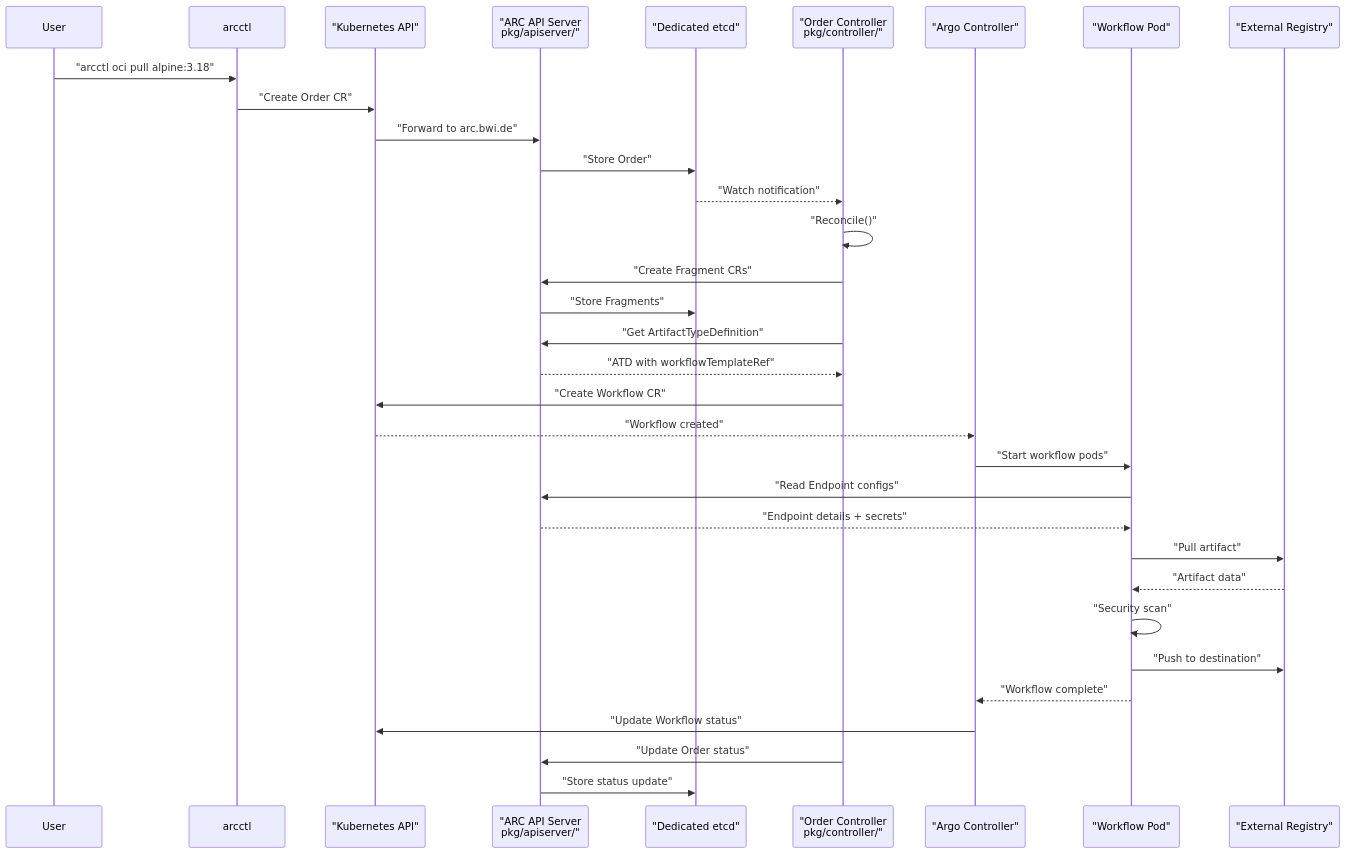
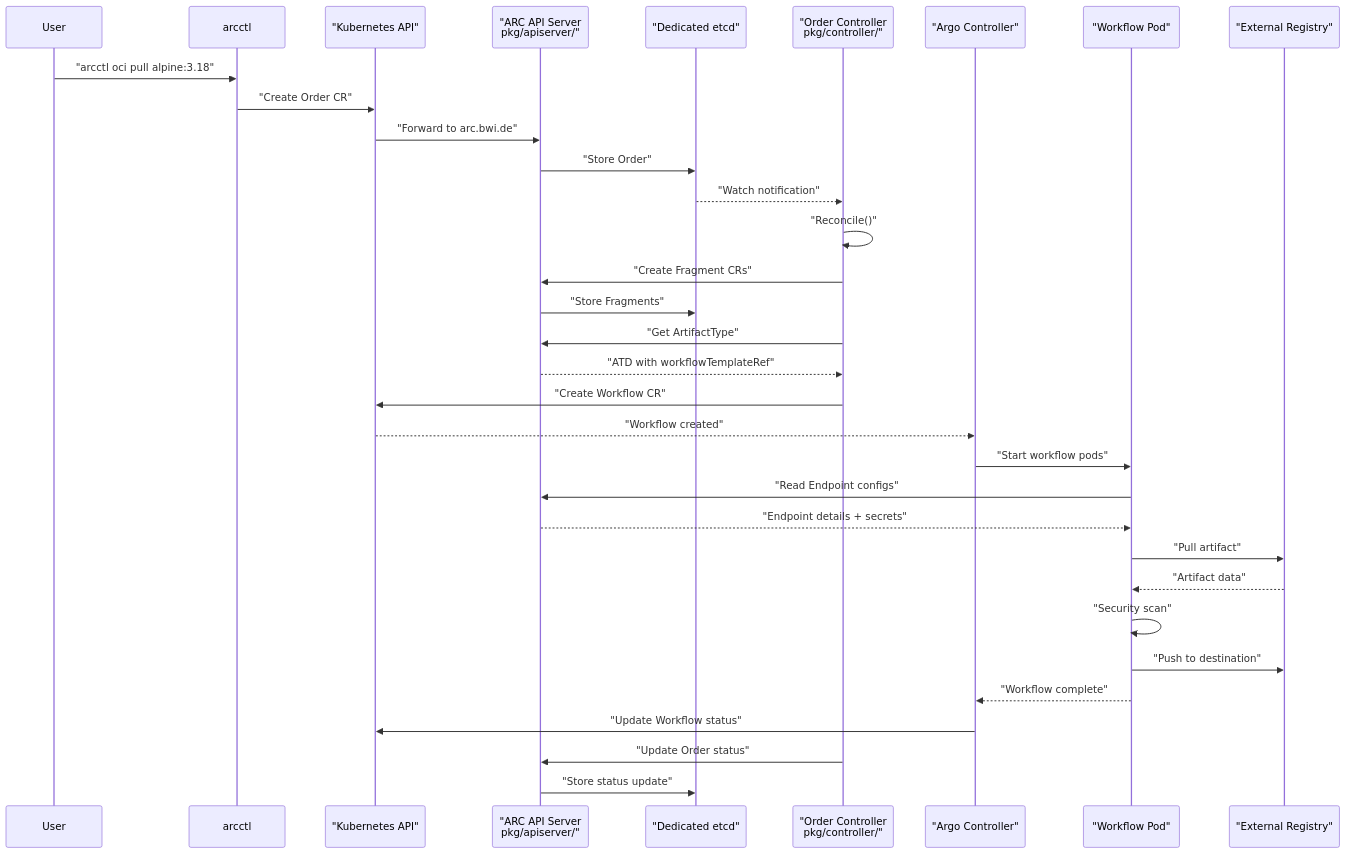
The third of 3 diagrams in docs/index.md (opendefensecloud/artifact-conduit), drawn with Mermaid before and after one commit. The commit also changed other lines of this file and 39 other files, not shown here.

Commit message:
rename ArtifactTypeDefinition to ArtifactType

````diff
--- a/docs/index.md
+++ b/docs/index.md
@@ -176,44 +176,44 @@
 ```mermaid
 sequenceDiagram
     participant User
     participant arcctl
     participant K8sAPI as "Kubernetes API"
     participant ARCAPI as "ARC API Server<br/>pkg/apiserver/"
     participant etcd as "Dedicated etcd"
     participant OrderCtrl as "Order Controller<br/>pkg/controller/"
     participant ArgoCtrl as "Argo Controller"
     participant Workflow as "Workflow Pod"
     participant Registry as "External Registry"
     
     User->>arcctl: "arcctl oci pull alpine:3.18"
     arcctl->>K8sAPI: "Create Order CR"
     K8sAPI->>ARCAPI: "Forward to arc.bwi.de"
     ARCAPI->>etcd: "Store Order"
     
     etcd-->>OrderCtrl: "Watch notification"
     OrderCtrl->>OrderCtrl: "Reconcile()"
     OrderCtrl->>ARCAPI: "Create Fragment CRs"
     ARCAPI->>etcd: "Store Fragments"
     
-    OrderCtrl->>ARCAPI: "Get ArtifactTypeDefinition"
+    OrderCtrl->>ARCAPI: "Get ArtifactType"
     ARCAPI-->>OrderCtrl: "ATD with workflowTemplateRef"
     
     OrderCtrl->>K8sAPI: "Create Workflow CR"
     K8sAPI-->>ArgoCtrl: "Workflow created"
     
     ArgoCtrl->>Workflow: "Start workflow pods"
     Workflow->>ARCAPI: "Read Endpoint configs"
     ARCAPI-->>Workflow: "Endpoint details + secrets"
     
     Workflow->>Registry: "Pull artifact"
     Registry-->>Workflow: "Artifact data"
     
     Workflow->>Workflow: "Security scan"
     Workflow->>Registry: "Push to destination"
     
     Workflow-->>ArgoCtrl: "Workflow complete"
     ArgoCtrl->>K8sAPI: "Update Workflow status"
     
     OrderCtrl->>ARCAPI: "Update Order status"
     ARCAPI->>etcd: "Store status update"
 ```
````
